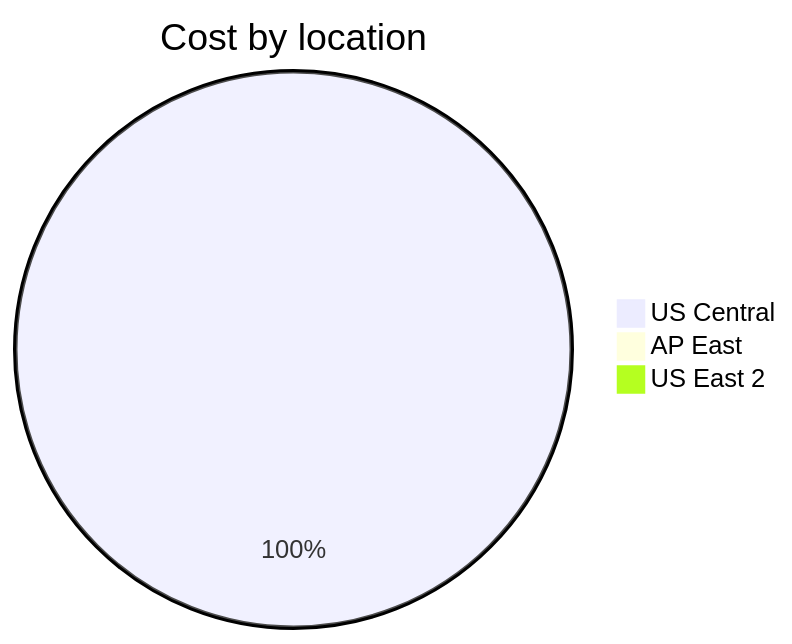
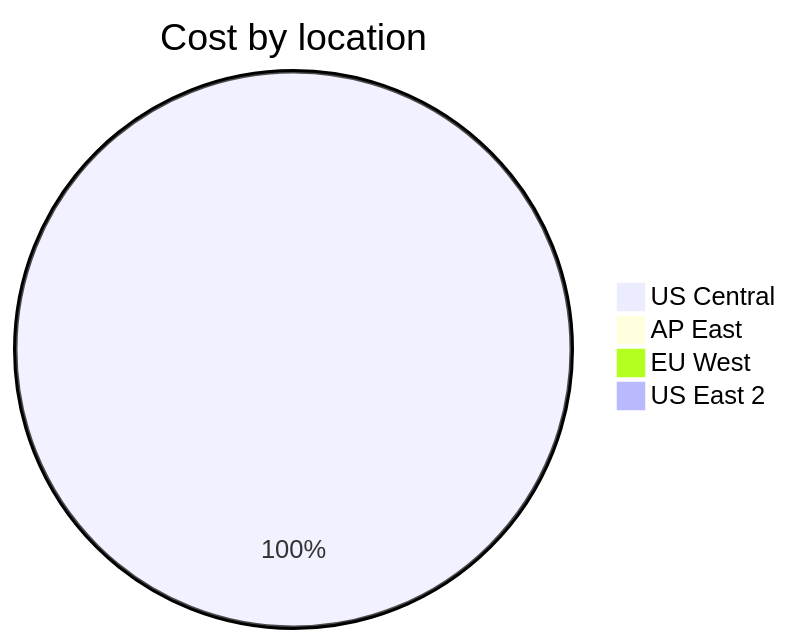
The third of 4 diagrams in cost-reports/personal-site/personal-site-preview.md (jpfulton/azure-personal-reports), drawn with Mermaid before and after one commit. The commit also changed other lines of this file and 7 other files, not shown here.

````diff
--- a/cost-reports/personal-site/personal-site-preview.md
+++ b/cost-reports/personal-site/personal-site-preview.md
@@ -107,7 +108,8 @@
 ```mermaid
 pie
    title Cost by location
-   "US Central" : 0.67
+   "US Central" : 0.88
    "AP East" : 0.00
+   "EU West" : 0.00
    "US East 2" : 0.00
 ```
````
